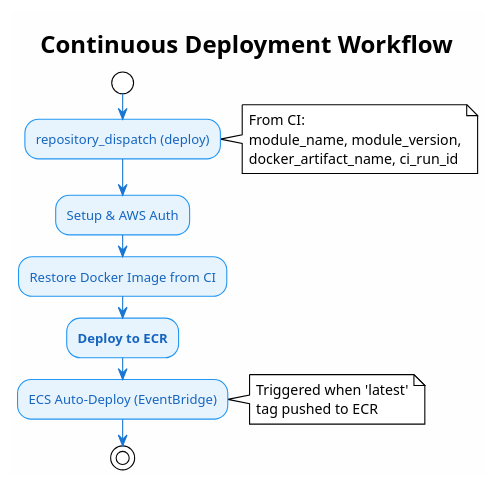
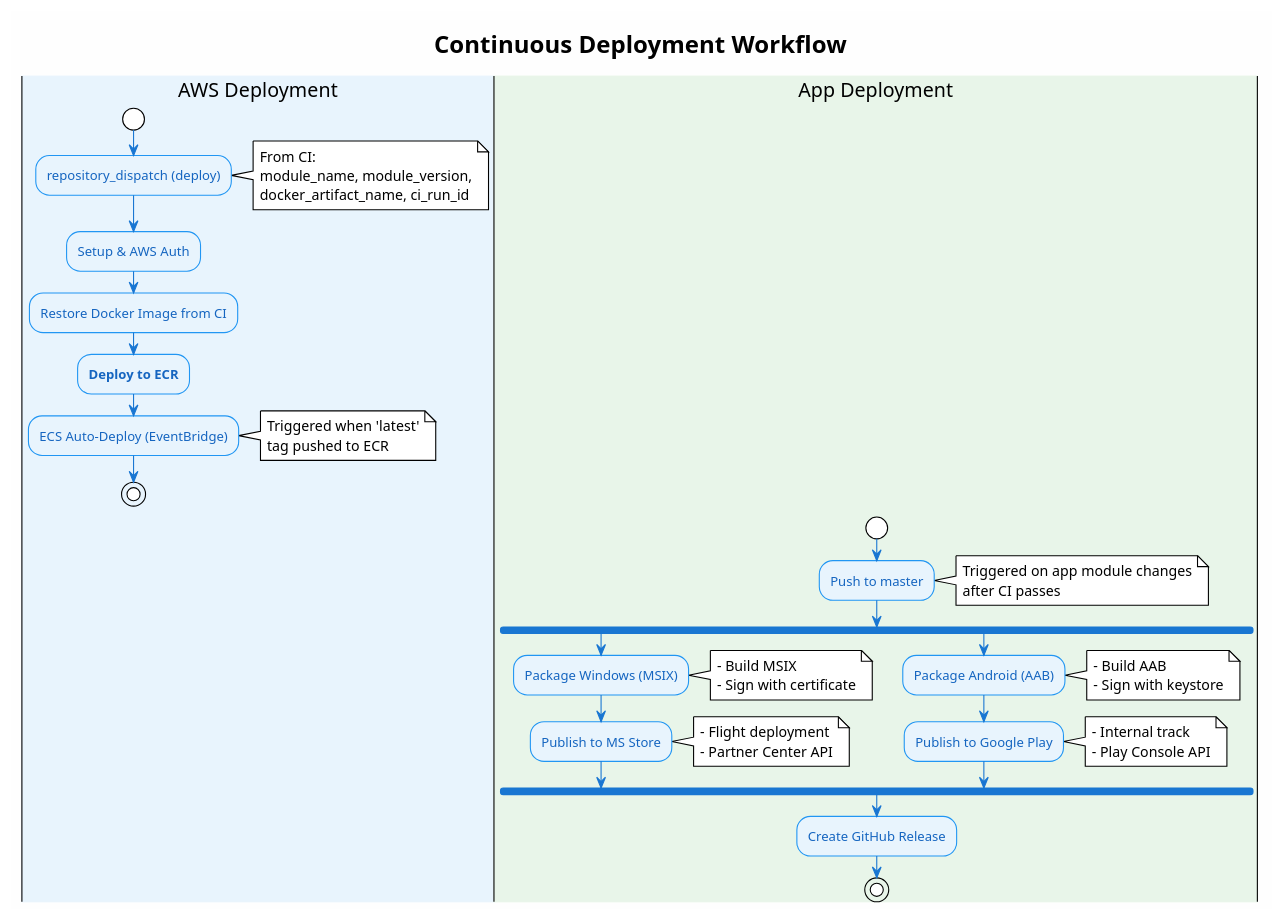
One commit to bible-on-site/bible-on-site changed the diagram in docs/github/workflows/cd/cd.puml. Above: the diagram before and after it, drawn with PlantUML. The commit also changed 4 other files, not shown here.

```diff
--- a/docs/github/workflows/cd/cd.puml
+++ b/docs/github/workflows/cd/cd.puml
@@ -1,35 +1,66 @@
 @startuml CD Workflow
 !theme plain
 skinparam backgroundColor #FEFEFE
 skinparam ActivityBackgroundColor #E8F4FD
 skinparam ActivityBorderColor #2196F3
 skinparam ActivityFontColor #1565C0
 skinparam ArrowColor #1976D2
 skinparam ActivityBarColor #1976D2
 
 title Continuous Deployment Workflow
 
+|#E8F4FD|AWS Deployment|
 start
-
 :repository_dispatch (deploy);
 note right
   From CI:
   module_name, module_version,
   docker_artifact_name, ci_run_id
 end note
 
 :Setup & AWS Auth;
-
 :Restore Docker Image from CI;
-
 :**Deploy to ECR**;
-
 :ECS Auto-Deploy (EventBridge);
 note right
   Triggered when 'latest'
   tag pushed to ECR
 end note
+stop
 
+|#E8F5E9|App Deployment|
+start
+:Push to master;
+note right
+  Triggered on app module changes
+  after CI passes
+end note
+
+fork
+  :Package Windows (MSIX);
+  note right
+    - Build MSIX
+    - Sign with certificate
+  end note
+  :Publish to MS Store;
+  note right
+    - Flight deployment
+    - Partner Center API
+  end note
+fork again
+  :Package Android (AAB);
+  note right
+    - Build AAB
+    - Sign with keystore
+  end note
+  :Publish to Google Play;
+  note right
+    - Internal track
+    - Play Console API
+  end note
+end fork
+
+:Create GitHub Release;
 stop
 
 @enduml
```
